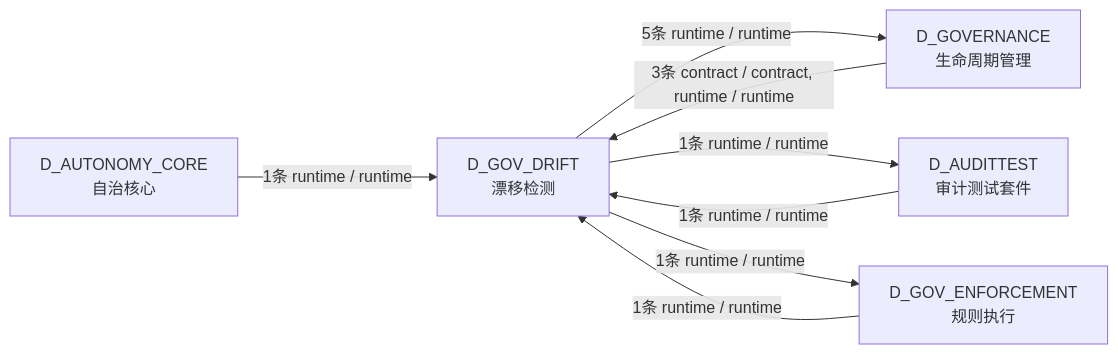
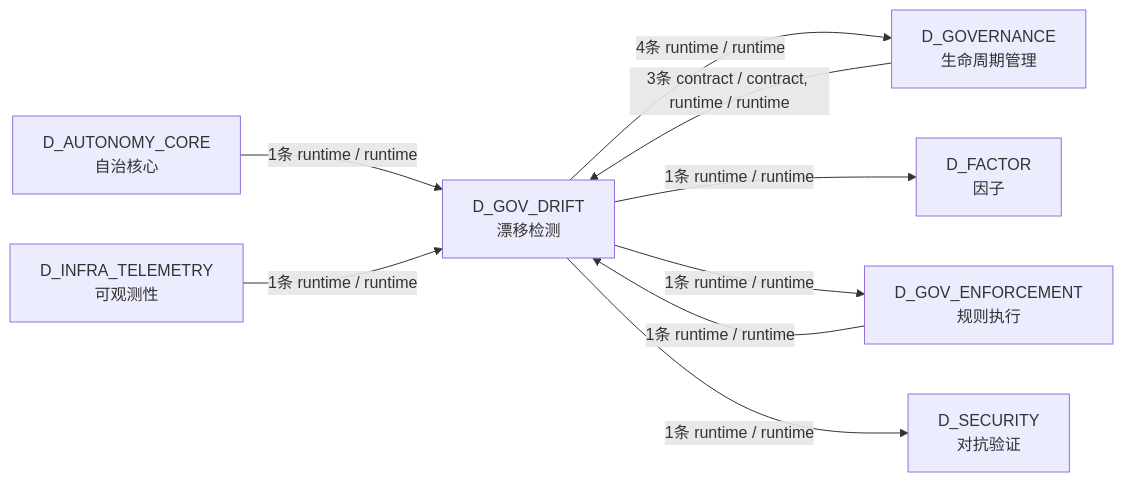
One commit to xuanFelixVan/ZephyrAlpha changed the third of 3 diagrams in docs/02_enterprise_architecture/02_domain_architecture_docs/34_d_gov_drift.md. Above: the diagram before and after it, drawn with Mermaid. The commit also changed other lines of this file and 99 other files, not shown here.

````diff
--- a/docs/02_enterprise_architecture/02_domain_architecture_docs/34_d_gov_drift.md
+++ b/docs/02_enterprise_architecture/02_domain_architecture_docs/34_d_gov_drift.md
@@ -169,15 +175,18 @@
 ```mermaid
 graph LR
     D_GOV_DRIFT["D_GOV_DRIFT<br/>漂移检测"]
     D_GOVERNANCE["D_GOVERNANCE<br/>生命周期管理"]
-    D_AUDITTEST["D_AUDITTEST<br/>审计测试套件"]
+    D_FACTOR["D_FACTOR<br/>因子"]
     D_GOV_ENFORCEMENT["D_GOV_ENFORCEMENT<br/>规则执行"]
+    D_SECURITY["D_SECURITY<br/>对抗验证"]
     D_AUTONOMY_CORE["D_AUTONOMY_CORE<br/>自治核心"]
-    D_GOV_DRIFT -->|5条 runtime / runtime| D_GOVERNANCE
-    D_GOV_DRIFT -->|1条 runtime / runtime| D_AUDITTEST
+    D_INFRA_TELEMETRY["D_INFRA_TELEMETRY<br/>可观测性"]
+    D_GOV_DRIFT -->|4条 runtime / runtime| D_GOVERNANCE
+    D_GOV_DRIFT -->|1条 runtime / runtime| D_FACTOR
     D_GOV_DRIFT -->|1条 runtime / runtime| D_GOV_ENFORCEMENT
+    D_GOV_DRIFT -->|1条 runtime / runtime| D_SECURITY
     D_GOVERNANCE -->|3条 contract / contract, runtime / runtime| D_GOV_DRIFT
-    D_AUDITTEST -->|1条 runtime / runtime| D_GOV_DRIFT
     D_AUTONOMY_CORE -->|1条 runtime / runtime| D_GOV_DRIFT
     D_GOV_ENFORCEMENT -->|1条 runtime / runtime| D_GOV_DRIFT
+    D_INFRA_TELEMETRY -->|1条 runtime / runtime| D_GOV_DRIFT
 ```
````
